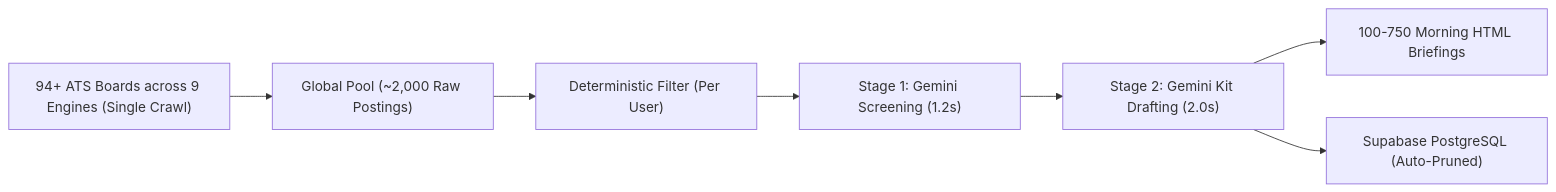
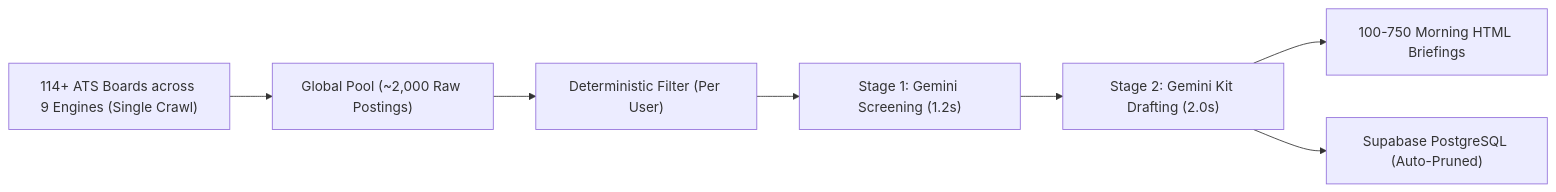
The first of 2 diagrams in docs/METRICS.md (tanish-jain-225/job-hunter), drawn with Mermaid before and after one commit. The commit also changed other lines of this file and 29 other files, not shown here.

Commit message:
chore(release): v1.0.6 — India-First career intelligence, 114 verified ATS boards, resilience hardening, and full docs sync

````diff
--- a/docs/METRICS.md
+++ b/docs/METRICS.md
@@ -21,9 +21,9 @@
 ```mermaid
 flowchart LR
-    A["94+ ATS Boards across 9 Engines (Single Crawl)"] --> B["Global Pool (~2,000 Raw Postings)"]
+    A["114+ ATS Boards across 9 Engines (Single Crawl)"] --> B["Global Pool (~2,000 Raw Postings)"]
     B --> C["Deterministic Filter (Per User)"]
     C --> D["Stage 1: Gemini Screening (1.2s)"]
     D --> E["Stage 2: Gemini Kit Drafting (2.0s)"]
     E --> F["100-750 Morning HTML Briefings"]
     E --> G["Supabase PostgreSQL (Auto-Pruned)"]
 ```
````
